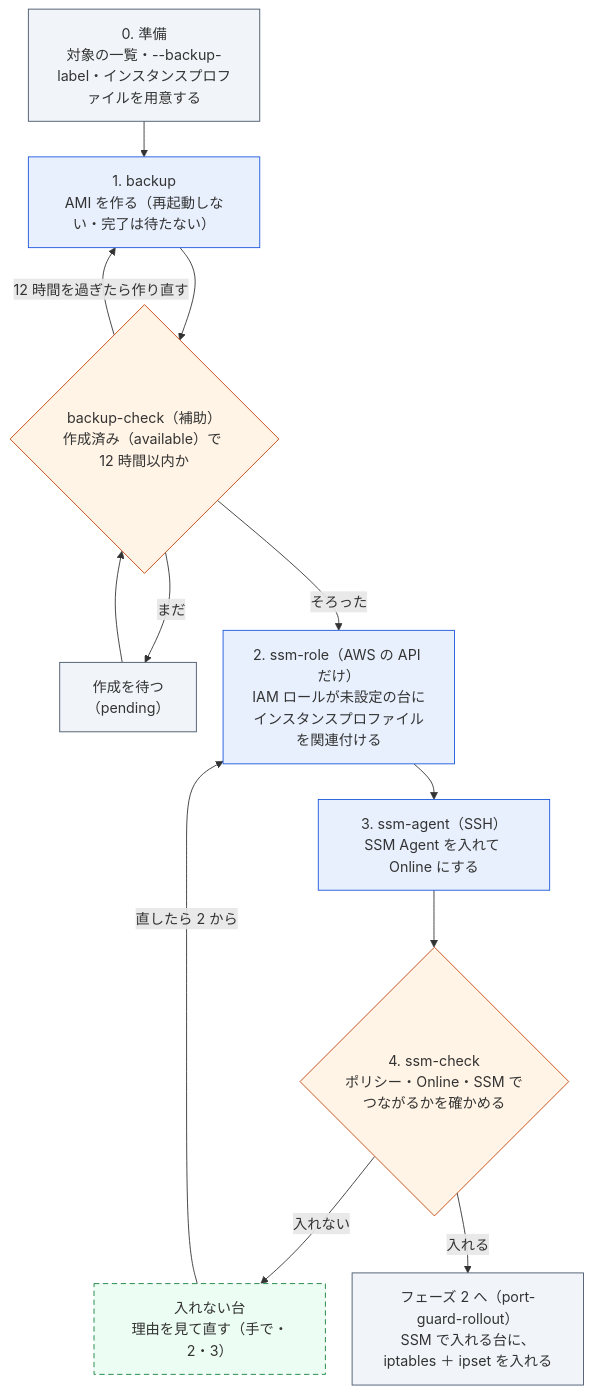
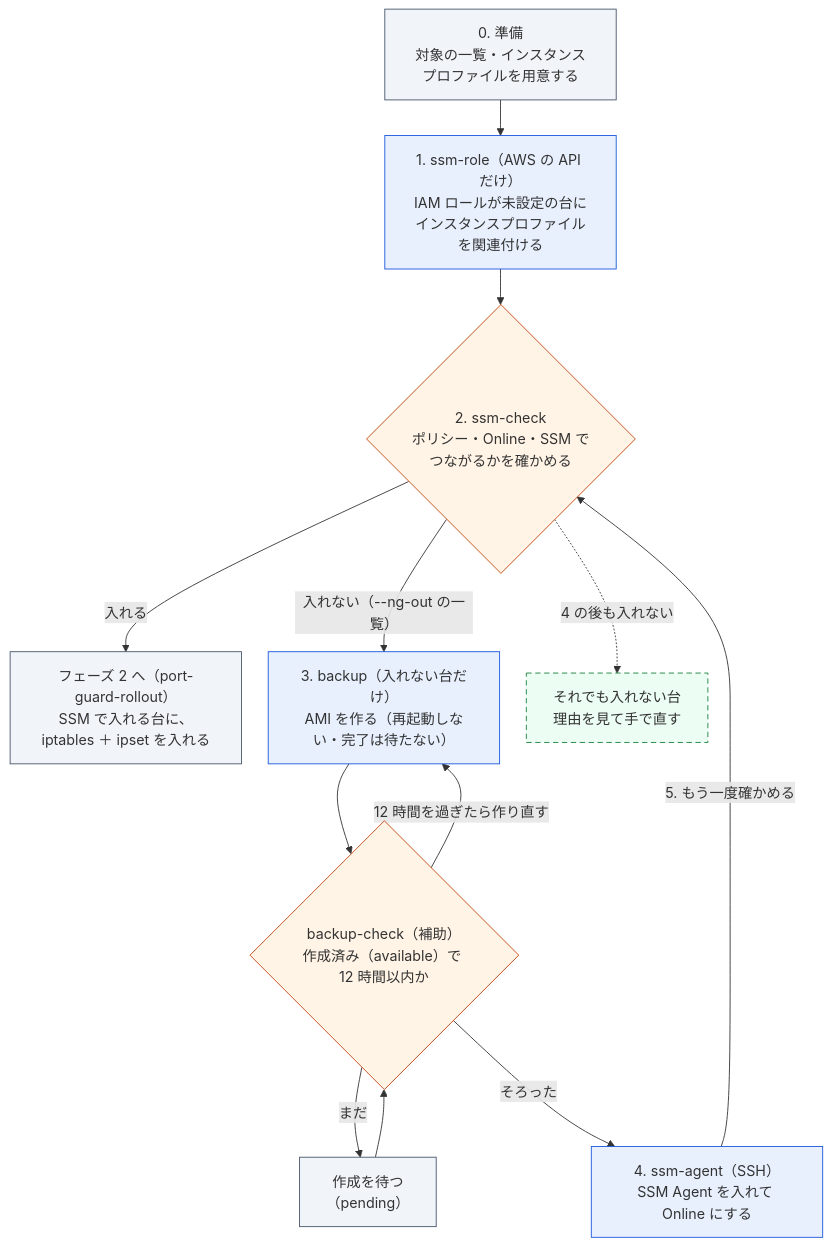
The first of 2 diagrams in docs/ec2/ssm-setup/steps.md (rxsxkxd/pk), drawn with Mermaid before and after one commit. The commit also changed other lines of this file and 8 other files, not shown here.

````diff
--- a/docs/ec2/ssm-setup/steps.md
+++ b/docs/ec2/ssm-setup/steps.md
@@ -21,29 +21,30 @@
 ```mermaid
 %%{init: {"themeVariables": {"fontSize": "16px"}, "flowchart": {"nodeSpacing": 30, "rankSpacing": 40}}}%%
 flowchart TD
-    Prep["0. 準備<br>対象の一覧・--backup-label・インスタンスプロファイルを用意する"]
-    Backup["1. backup<br>AMI を作る（再起動しない・完了は待たない）"]
+    Prep["0. 準備<br>対象の一覧・インスタンスプロファイルを用意する"]
+    Role["1. ssm-role（AWS の API だけ）<br>IAM ロールが未設定の台にインスタンスプロファイルを関連付ける"]
+    SsmCheck{"2. ssm-check<br>ポリシー・Online・SSM でつながるかを確かめる"}
+    Next["フェーズ 2 へ（port-guard-rollout）<br>SSM で入れる台に、iptables ＋ ipset を入れる"]
+    Backup["3. backup（入れない台だけ）<br>AMI を作る（再起動しない・完了は待たない）"]
     Check{"backup-check（補助）<br>作成済み（available）で 12 時間以内か"}
     Wait["作成を待つ<br>（pending）"]
-    Role["2. ssm-role（AWS の API だけ）<br>IAM ロールが未設定の台にインスタンスプロファイルを関連付ける"]
-    Agent["3. ssm-agent（SSH）<br>SSM Agent を入れて Online にする"]
-    SsmCheck{"4. ssm-check<br>ポリシー・Online・SSM でつながるかを確かめる"}
-    Fix["入れない台<br>理由を見て直す（手で・2・3）"]
-    Next["フェーズ 2 へ（port-guard-rollout）<br>SSM で入れる台に、iptables ＋ ipset を入れる"]
+    Agent["4. ssm-agent（SSH）<br>SSM Agent を入れて Online にする"]
+    Fix["それでも入れない台<br>理由を見て手で直す"]
 
-    Prep --> Backup --> Check
+    Prep --> Role --> SsmCheck
+    SsmCheck -->|入れる| Next
+    SsmCheck -->|"入れない（--ng-out の一覧）"| Backup --> Check
     Check -->|まだ| Wait --> Check
     Check -->|12 時間を過ぎたら作り直す| Backup
-    Check -->|そろった| Role --> Agent --> SsmCheck
-    SsmCheck -->|入れない| Fix -->|直したら 2 から| Role
-    SsmCheck -->|入れる| Next
+    Check -->|そろった| Agent -->|"5. もう一度確かめる"| SsmCheck
+    SsmCheck -.->|"4 の後も入れない"| Fix
 
     classDef command fill:#e8f0fe,stroke:#1a56db
     classDef check fill:#fff4e5,stroke:#c2410c
     classDef manual fill:#ecfdf3,stroke:#15803d,stroke-dasharray:6 4
     classDef done fill:#f1f5f9,stroke:#475569
-    class Backup,Role,Agent command
-    class Check,SsmCheck check
+    class Role,Backup,Agent command
+    class SsmCheck,Check check
     class Fix manual
     class Prep,Wait,Next done
 ```
````
